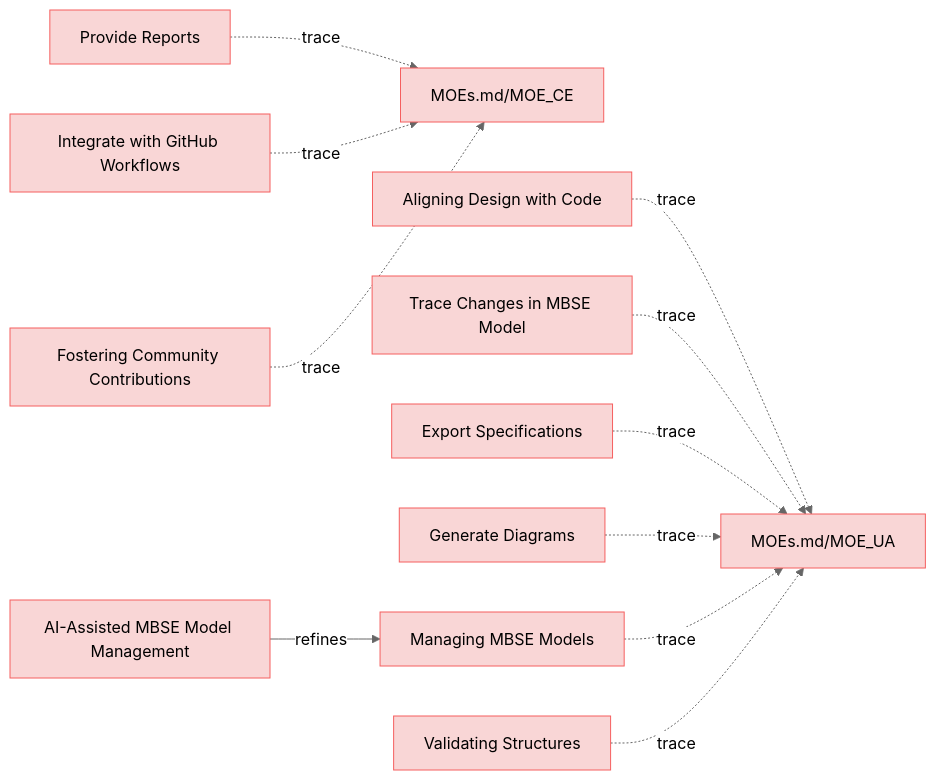
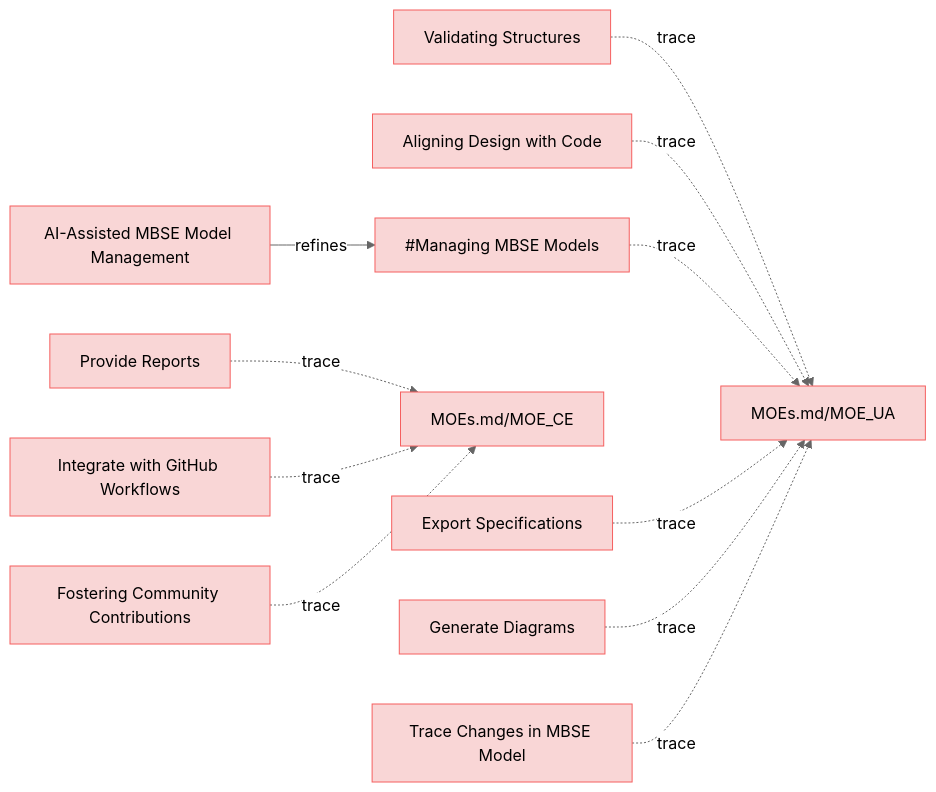
The diagram in specifications/UserStories.md (reqvire-org/reqvire), drawn with Mermaid (neutral theme) before and after one commit. The commit also changed 17 other files, not shown here.

Commit message:
Auto-generate diagrams after PR merge to main

````diff
--- a/specifications/UserStories.md
+++ b/specifications/UserStories.md
@@ -12,55 +12,55 @@
 ```mermaid
 graph LR;
   %% Graph styling
   classDef requirement fill:#f9d6d6,stroke:#f55f5f,stroke-width:1px;
   classDef verification fill:#d6f9d6,stroke:#5fd75f,stroke-width:1px;
   classDef externalLink fill:#d0e0ff,stroke:#3080ff,stroke-width:1px;
   classDef default fill:#f5f5f5,stroke:#333333,stroke-width:1px;
 
-  fe32882ee273e24d["Provide Reports"];
-  click fe32882ee273e24d "https://github.com/ilijaljubicic/ReqFlow/blob/29a17f176519a28e973567d4102beb95f41075ed/specifications/UserStories.md#provide-reports";
-  class fe32882ee273e24d requirement;
-  b3f57e49f7494c0e["MOEs.md/MOE_CE"];
-  class b3f57e49f7494c0e requirement;
-  click b3f57e49f7494c0e "https://github.com/ilijaljubicic/ReqFlow/blob/29a17f176519a28e973567d4102beb95f41075ed/specifications/MOEs.md#moe_ce";
-  fe32882ee273e24d -.->|trace| b3f57e49f7494c0e;
-  de2d3516cd5ef91d["Aligning Design with Code"];
-  click de2d3516cd5ef91d "https://github.com/ilijaljubicic/ReqFlow/blob/29a17f176519a28e973567d4102beb95f41075ed/specifications/UserStories.md#aligning-design-with-code";
-  class de2d3516cd5ef91d requirement;
-  f6237e49f7494c0e["MOEs.md/MOE_UA"];
-  class f6237e49f7494c0e requirement;
-  click f6237e49f7494c0e "https://github.com/ilijaljubicic/ReqFlow/blob/29a17f176519a28e973567d4102beb95f41075ed/specifications/MOEs.md#moe_ua";
-  de2d3516cd5ef91d -.->|trace| f6237e49f7494c0e;
-  ba120b7cafc5435f["Integrate with GitHub Workflows"];
-  click ba120b7cafc5435f "https://github.com/ilijaljubicic/ReqFlow/blob/29a17f176519a28e973567d4102beb95f41075ed/specifications/UserStories.md#integrate-with-github-workflows";
-  class ba120b7cafc5435f requirement;
-  ba120b7cafc5435f -.->|trace| b3f57e49f7494c0e;
-  36d8b2eb16113a7f["Trace Changes in MBSE Model"];
-  click 36d8b2eb16113a7f "https://github.com/ilijaljubicic/ReqFlow/blob/29a17f176519a28e973567d4102beb95f41075ed/specifications/UserStories.md#trace-changes-in-mbse-model";
-  class 36d8b2eb16113a7f requirement;
-  36d8b2eb16113a7f -.->|trace| f6237e49f7494c0e;
-  100197ce818804["Export Specifications"];
-  click 100197ce818804 "https://github.com/ilijaljubicic/ReqFlow/blob/29a17f176519a28e973567d4102beb95f41075ed/specifications/UserStories.md#export-specifications";
-  class 100197ce818804 requirement;
-  100197ce818804 -.->|trace| f6237e49f7494c0e;
-  cf0026c2feeb1e0f["Generate Diagrams"];
-  click cf0026c2feeb1e0f "https://github.com/ilijaljubicic/ReqFlow/blob/29a17f176519a28e973567d4102beb95f41075ed/specifications/UserStories.md#generate-diagrams";
-  class cf0026c2feeb1e0f requirement;
-  cf0026c2feeb1e0f -.->|trace| f6237e49f7494c0e;
-  852dea6cfecb47f5["Managing MBSE Models"];
-  click 852dea6cfecb47f5 "https://github.com/ilijaljubicic/ReqFlow/blob/29a17f176519a28e973567d4102beb95f41075ed/specifications/UserStories.md#managing-mbse-models";
-  class 852dea6cfecb47f5 requirement;
-  852dea6cfecb47f5 -.->|trace| f6237e49f7494c0e;
-  a60d88b6e2cb3842["Validating Structures"];
-  click a60d88b6e2cb3842 "https://github.com/ilijaljubicic/ReqFlow/blob/29a17f176519a28e973567d4102beb95f41075ed/specifications/UserStories.md#validating-structures";
-  class a60d88b6e2cb3842 requirement;
-  a60d88b6e2cb3842 -.->|trace| f6237e49f7494c0e;
-  cdc9a9c9087e707f["Fostering Community Contributions"];
-  click cdc9a9c9087e707f "https://github.com/ilijaljubicic/ReqFlow/blob/29a17f176519a28e973567d4102beb95f41075ed/specifications/UserStories.md#fostering-community-contributions";
-  class cdc9a9c9087e707f requirement;
-  cdc9a9c9087e707f -.->|trace| b3f57e49f7494c0e;
-  2b35b7b37d52d4e6["AI-Assisted MBSE Model Management"];
-  click 2b35b7b37d52d4e6 "https://github.com/ilijaljubicic/ReqFlow/blob/29a17f176519a28e973567d4102beb95f41075ed/specifications/UserStories.md#ai-assisted-mbse-model-management";
-  class 2b35b7b37d52d4e6 requirement;
-  2b35b7b37d52d4e6 -->|refines| 852dea6cfecb47f5;
+  63454899a7184acc["AI-Assisted MBSE Model Management"];
+  click 63454899a7184acc "https://github.com/ilijaljubicic/ReqFlow/blob/73d5ae1d93adea71fdf4cc508be4d1ae09be068f/specifications/UserStories.md#ai-assisted-mbse-model-management";
+  class 63454899a7184acc requirement;
+  a469d82e490f4e4["#Managing MBSE Models"];
+  class a469d82e490f4e4 requirement;
+  click a469d82e490f4e4 "https://github.com/ilijaljubicic/ReqFlow/blob/73d5ae1d93adea71fdf4cc508be4d1ae09be068f/specifications/UserStories.md#managing-mbse-models";
+  63454899a7184acc -->|refines| a469d82e490f4e4;
+  725d90f6f42e9407["Validating Structures"];
+  click 725d90f6f42e9407 "https://github.com/ilijaljubicic/ReqFlow/blob/73d5ae1d93adea71fdf4cc508be4d1ae09be068f/specifications/UserStories.md#validating-structures";
+  class 725d90f6f42e9407 requirement;
+  5d0b88381f707008["MOEs.md/MOE_UA"];
+  class 5d0b88381f707008 requirement;
+  click 5d0b88381f707008 "https://github.com/ilijaljubicic/ReqFlow/blob/73d5ae1d93adea71fdf4cc508be4d1ae09be068f/specifications/MOEs.md#moe_ua";
+  725d90f6f42e9407 -.->|trace| 5d0b88381f707008;
+  8bcbfc64008114c9["Aligning Design with Code"];
+  click 8bcbfc64008114c9 "https://github.com/ilijaljubicic/ReqFlow/blob/73d5ae1d93adea71fdf4cc508be4d1ae09be068f/specifications/UserStories.md#aligning-design-with-code";
+  class 8bcbfc64008114c9 requirement;
+  8bcbfc64008114c9 -.->|trace| 5d0b88381f707008;
+  a8ca33c2b9a1e9de["Provide Reports"];
+  click a8ca33c2b9a1e9de "https://github.com/ilijaljubicic/ReqFlow/blob/73d5ae1d93adea71fdf4cc508be4d1ae09be068f/specifications/UserStories.md#provide-reports";
+  class a8ca33c2b9a1e9de requirement;
+  34ccc009ec6ea573["MOEs.md/MOE_CE"];
+  class 34ccc009ec6ea573 requirement;
+  click 34ccc009ec6ea573 "https://github.com/ilijaljubicic/ReqFlow/blob/73d5ae1d93adea71fdf4cc508be4d1ae09be068f/specifications/MOEs.md#moe_ce";
+  a8ca33c2b9a1e9de -.->|trace| 34ccc009ec6ea573;
+  a469d82e490f4e4 -.->|trace| 5d0b88381f707008;
+  8edc9736fd751490["Integrate with GitHub Workflows"];
+  click 8edc9736fd751490 "https://github.com/ilijaljubicic/ReqFlow/blob/73d5ae1d93adea71fdf4cc508be4d1ae09be068f/specifications/UserStories.md#integrate-with-github-workflows";
+  class 8edc9736fd751490 requirement;
+  8edc9736fd751490 -.->|trace| 34ccc009ec6ea573;
+  95e53eb18f860c5a["Fostering Community Contributions"];
+  click 95e53eb18f860c5a "https://github.com/ilijaljubicic/ReqFlow/blob/73d5ae1d93adea71fdf4cc508be4d1ae09be068f/specifications/UserStories.md#fostering-community-contributions";
+  class 95e53eb18f860c5a requirement;
+  95e53eb18f860c5a -.->|trace| 34ccc009ec6ea573;
+  625ef9aa59da5635["Export Specifications"];
+  click 625ef9aa59da5635 "https://github.com/ilijaljubicic/ReqFlow/blob/73d5ae1d93adea71fdf4cc508be4d1ae09be068f/specifications/UserStories.md#export-specifications";
+  class 625ef9aa59da5635 requirement;
+  625ef9aa59da5635 -.->|trace| 5d0b88381f707008;
+  3ca57dc5dc6a2dae["Generate Diagrams"];
+  click 3ca57dc5dc6a2dae "https://github.com/ilijaljubicic/ReqFlow/blob/73d5ae1d93adea71fdf4cc508be4d1ae09be068f/specifications/UserStories.md#generate-diagrams";
+  class 3ca57dc5dc6a2dae requirement;
+  3ca57dc5dc6a2dae -.->|trace| 5d0b88381f707008;
+  1e57ec134f31779c["Trace Changes in MBSE Model"];
+  click 1e57ec134f31779c "https://github.com/ilijaljubicic/ReqFlow/blob/73d5ae1d93adea71fdf4cc508be4d1ae09be068f/specifications/UserStories.md#trace-changes-in-mbse-model";
+  class 1e57ec134f31779c requirement;
+  1e57ec134f31779c -.->|trace| 5d0b88381f707008;
 ```
````
